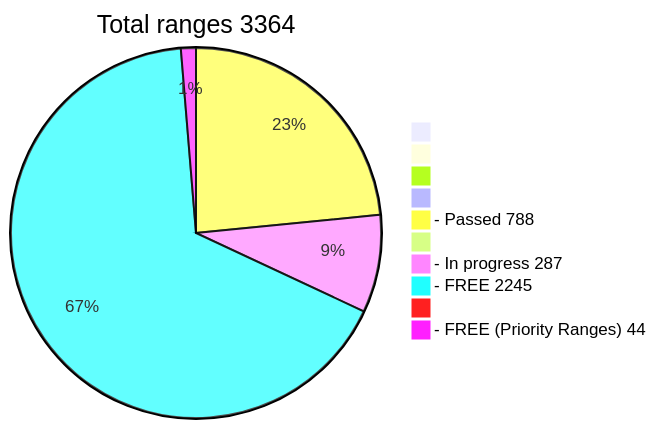
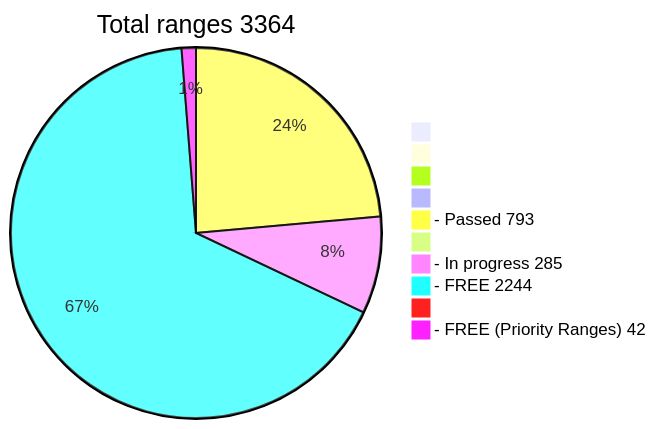
The diagram in README.md (phrutis/wif500), drawn with Mermaid before and after one commit.

````diff
--- a/README.md
+++ b/README.md
@@ -16,13 +16,13 @@
 ```mermaid
 pie title Total ranges 3364
              " " : 0
             "  " : 0
            "   " : 0
           "    " : 0
-  "- Passed 788" : 788
+  "- Passed 793" : 793
          "     " : 0
-  "- In progress 287" : 287
-   "- FREE 2245" : 2245
+  "- In progress 285" : 285
+   "- FREE 2244" : 2244
         "      " : 0
-  "- FREE (Priority Ranges) 44" : 44
+  "- FREE (Priority Ranges) 42" : 42
 ```
````
